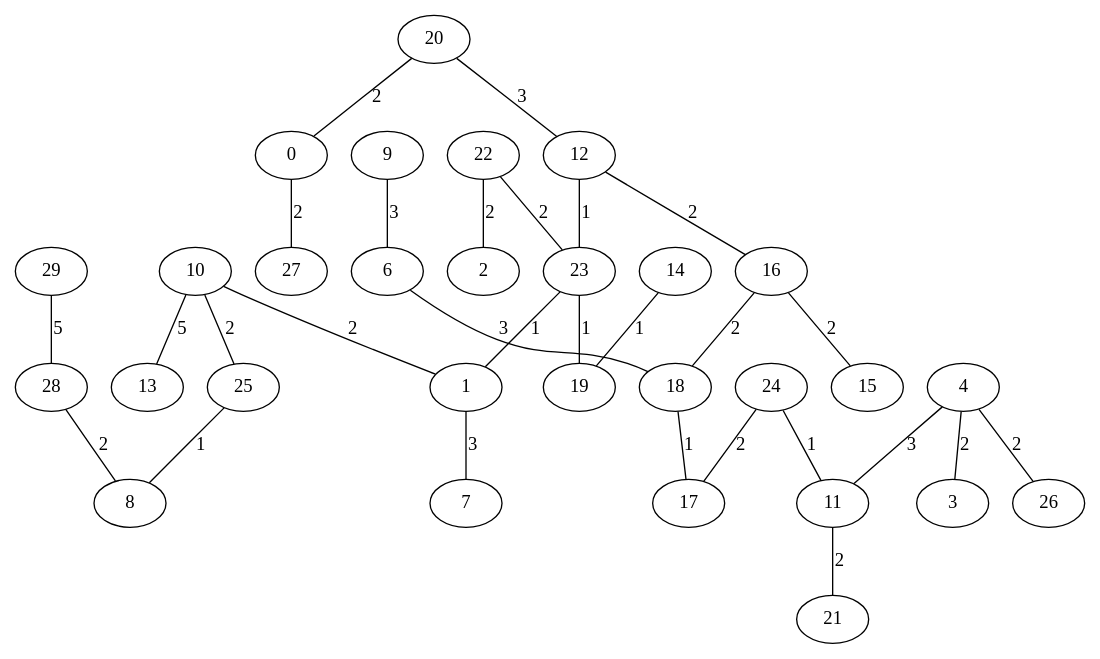
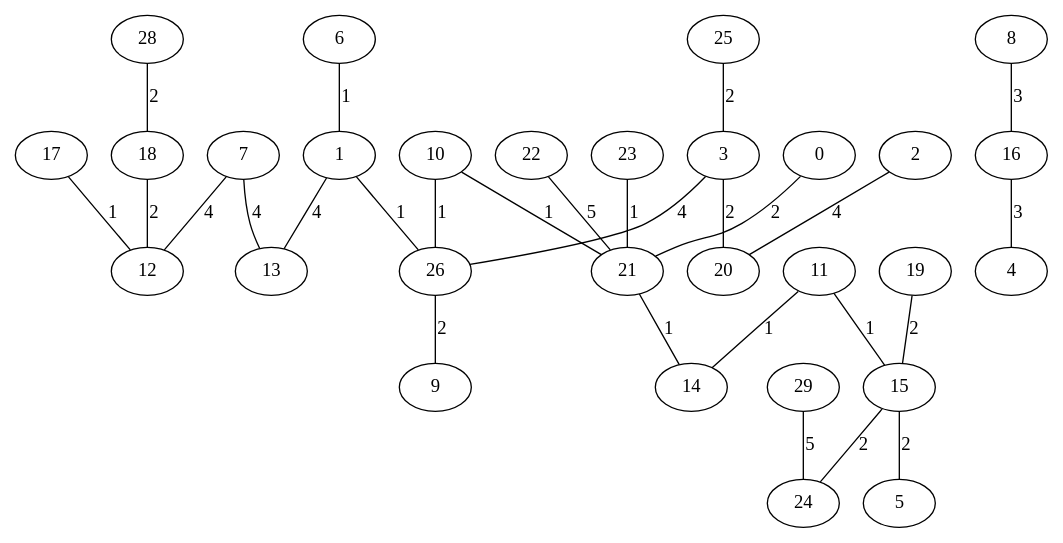
Before and after one commit to saradejesuss/GenerarGrafos: the diagram in Kruskal_Erdos3029.gv, drawn with Graphviz. The commit also changed 15 other files, not shown here.

```diff
--- a/Kruskal_Erdos3029.gv
+++ b/Kruskal_Erdos3029.gv
@@ -1,59 +1,58 @@
 graph{
+   17;
+   12;
+   24;
+   23;
    10;
-   3;
-   4;
-   27;
+   0;
    6;
-   0;
-   12;
+   8;
    9;
-   28;
-   13;
-   7;
-   23;
-   26;
-   24;
-   15;
    11;
    16;
+   15;
+   4;
+   21;
+   19;
+   13;
+   28;
    18;
    2;
+   5;
+   7;
+   20;
+   1;
+   3;
+   14;
    29;
-   1;
-   20;
-   17;
-   21;
-   8;
    25;
-   19;
    22;
-   14;
-   1 -- 7 [label="3"];
-   9 -- 6 [label="3"];
-   12 -- 23 [label="1"];
-   22 -- 2 [label="2"];
-   20 -- 12 [label="3"];
-   4 -- 11 [label="3"];
-   14 -- 19 [label="1"];
-   11 -- 21 [label="2"];
-   0 -- 27 [label="2"];
-   23 -- 1 [label="1"];
-   10 -- 13 [label="5"];
-   16 -- 18 [label="2"];
-   6 -- 18 [label="3"];
-   28 -- 8 [label="2"];
-   16 -- 15 [label="2"];
-   23 -- 19 [label="1"];
-   29 -- 28 [label="5"];
-   4 -- 26 [label="2"];
-   24 -- 11 [label="1"];
-   12 -- 16 [label="2"];
-   18 -- 17 [label="1"];
-   24 -- 17 [label="2"];
-   22 -- 23 [label="2"];
-   25 -- 8 [label="1"];
-   20 -- 0 [label="2"];
-   4 -- 3 [label="2"];
-   10 -- 25 [label="2"];
-   10 -- 1 [label="2"];
+   26;
+   8 -- 16 [label="3"];
+   17 -- 12 [label="1"];
+   11 -- 15 [label="1"];
+   0 -- 21 [label="2"];
+   23 -- 21 [label="1"];
+   11 -- 14 [label="1"];
+   6 -- 1 [label="1"];
+   21 -- 14 [label="1"];
+   1 -- 13 [label="4"];
+   28 -- 18 [label="2"];
+   26 -- 9 [label="2"];
+   16 -- 4 [label="3"];
+   19 -- 15 [label="2"];
+   3 -- 26 [label="4"];
+   10 -- 26 [label="1"];
+   7 -- 13 [label="4"];
+   1 -- 26 [label="1"];
+   3 -- 20 [label="2"];
+   2 -- 20 [label="4"];
+   15 -- 5 [label="2"];
+   7 -- 12 [label="4"];
+   22 -- 21 [label="5"];
+   18 -- 12 [label="2"];
+   29 -- 24 [label="5"];
+   15 -- 24 [label="2"];
+   10 -- 21 [label="1"];
+   25 -- 3 [label="2"];
 }
```
